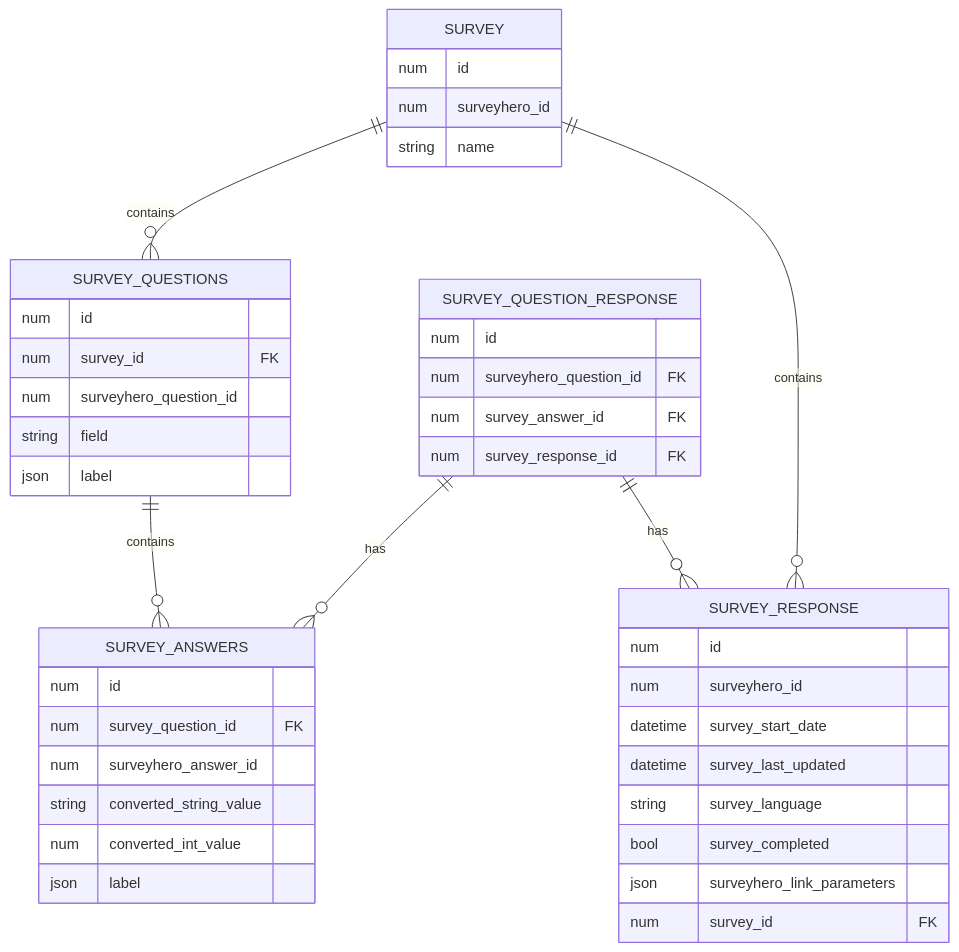
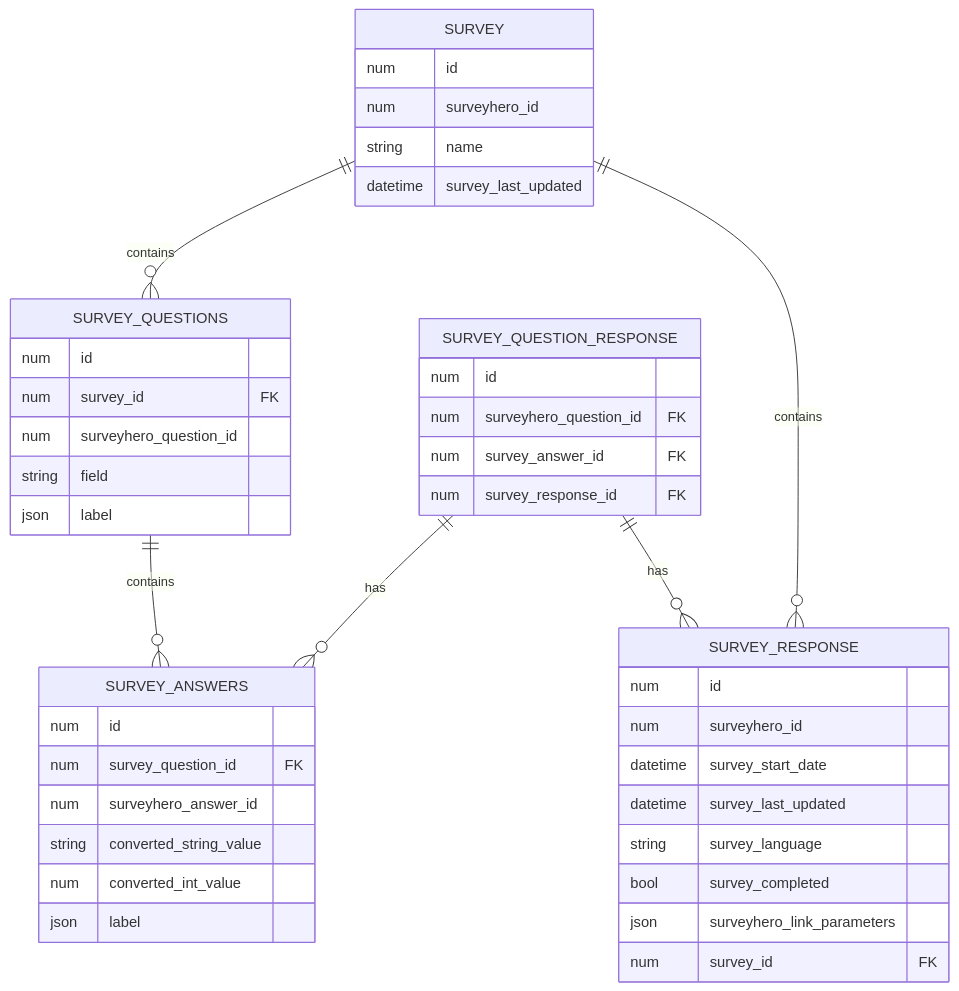
One commit to statikbe/laravel-surveyhero changed the diagram in README.md. Above: the diagram before and after it, drawn with Mermaid. The commit also changed 3 other files, not shown here.

````diff
--- a/README.md
+++ b/README.md
@@ -33,48 +33,48 @@
 ``` mermaid
 erDiagram
 SURVEY {
     num id
     num surveyhero_id
     string name
-    
+    datetime survey_last_updated
 }
 
 SURVEY_QUESTIONS {
     num id		
     num survey_id FK
     num surveyhero_question_id
     string field			
     json label		
 }
 
 SURVEY_ANSWERS {
     num id		
     num survey_question_id FK
     num surveyhero_answer_id			
     string converted_string_value			
     num converted_int_value			
     json label			
 }
 
 SURVEY_RESPONSE {
     num id
     num surveyhero_id
     datetime survey_start_date
     datetime survey_last_updated
     string survey_language
     bool survey_completed
     json surveyhero_link_parameters
     num survey_id FK
 }
 SURVEY_QUESTION_RESPONSE {	
     num id
     num surveyhero_question_id FK
     num survey_answer_id FK
     num survey_response_id FK
 }
 SURVEY ||--o{ SURVEY_QUESTIONS : contains
 SURVEY ||--o{ SURVEY_RESPONSE : contains
 SURVEY_QUESTIONS ||--o{ SURVEY_ANSWERS : contains
 SURVEY_QUESTION_RESPONSE ||--o{ SURVEY_ANSWERS : has
 SURVEY_QUESTION_RESPONSE ||--o{ SURVEY_RESPONSE : has
 ```
````
